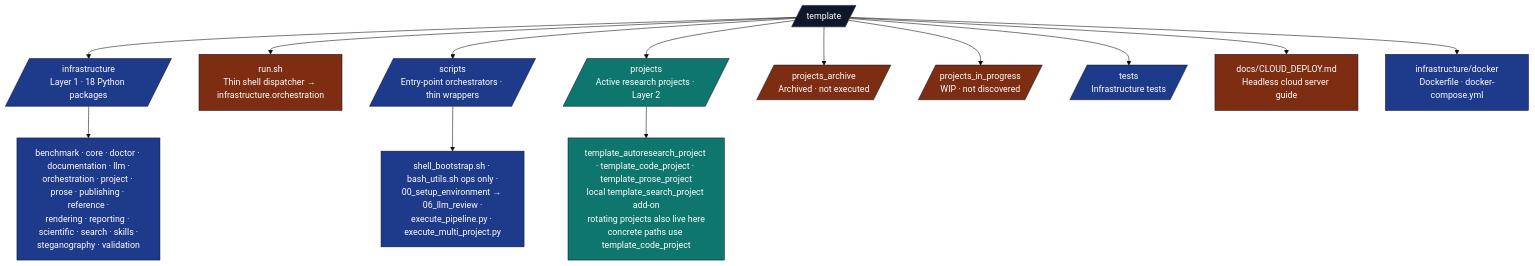
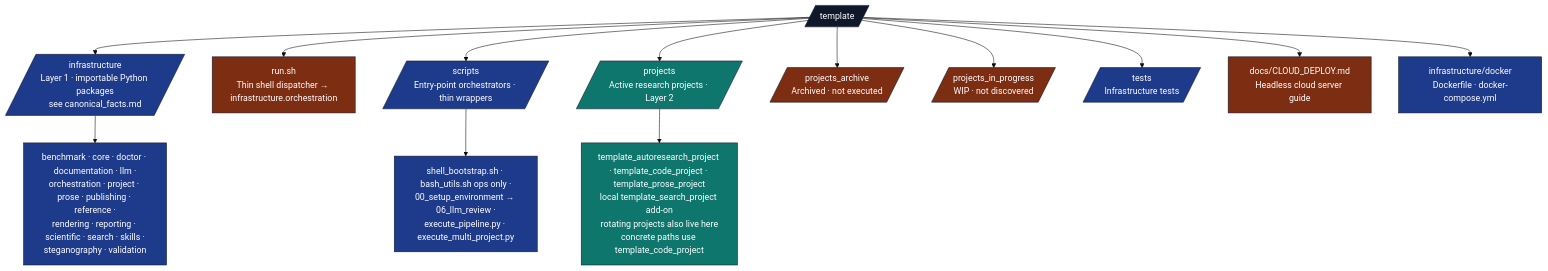
One commit to docxology/template changed the diagram in docs/PAI.md. Above: the diagram before and after it, drawn with Mermaid (base theme). The commit also changed other lines of this file and 82 other files, not shown here.

````diff
--- a/docs/PAI.md
+++ b/docs/PAI.md
@@ -69,28 +69,28 @@
 ```mermaid
 flowchart TB
     ROOT[/template/]
-    ROOT --> INFRA[/infrastructure<br/>Layer 1 · 18 Python packages/]
+    ROOT --> INFRA[/infrastructure<br/>Layer 1 · importable Python packages<br/>see canonical_facts.md/]
     ROOT --> RUN[run.sh<br/>Thin shell dispatcher → infrastructure.orchestration]
     ROOT --> SCR[/scripts<br/>Entry-point orchestrators · thin wrappers/]
     ROOT --> PROJ[/projects<br/>Active research projects · Layer 2/]
     ROOT --> ARCH[/projects_archive<br/>Archived · not executed/]
     ROOT --> WIP[/projects_in_progress<br/>WIP · not discovered/]
     ROOT --> T[/tests<br/>Infrastructure tests/]
     ROOT --> DOCS[docs/CLOUD_DEPLOY.md<br/>Headless cloud server guide]
     ROOT --> DOCKER[infrastructure/docker<br/>Dockerfile · docker-compose.yml]
 
     INFRA --> INFRA_PKGS[benchmark · core · doctor · documentation · llm ·<br/>orchestration · project · prose · publishing · reference ·<br/>rendering · reporting · scientific · search · skills ·<br/>steganography · validation]
 
     SCR --> SCR_FILES[shell_bootstrap.sh · bash_utils.sh ops only ·<br/>00_setup_environment → 06_llm_review ·<br/>execute_pipeline.py · execute_multi_project.py]
 
     PROJ --> PROJ_F["template_autoresearch_project · template_code_project · template_prose_project<br/>local template_search_project add-on<br/>rotating projects also live here<br/>concrete paths use template_code_project"]
 
     classDef root fill:#0f172a,stroke:#0f172a,color:#fff
     classDef l1 fill:#1e3a8a,stroke:#0f172a,color:#fff
     classDef l2 fill:#0f766e,stroke:#0f172a,color:#fff
     classDef gen fill:#7c2d12,stroke:#0f172a,color:#fff
     class ROOT root
     class INFRA,SCR,T,DOCKER,INFRA_PKGS,SCR_FILES l1
     class PROJ,PROJ_F l2
     class ARCH,WIP,DOCS,RUN gen
 ```
````
